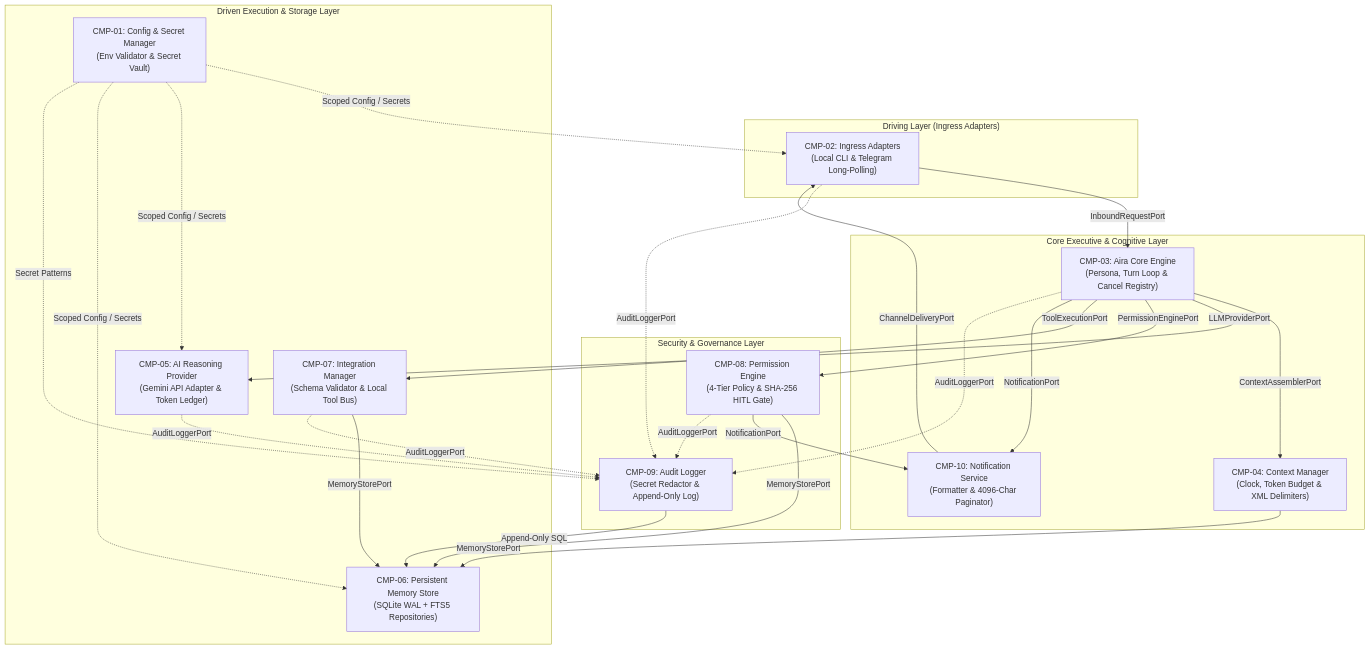
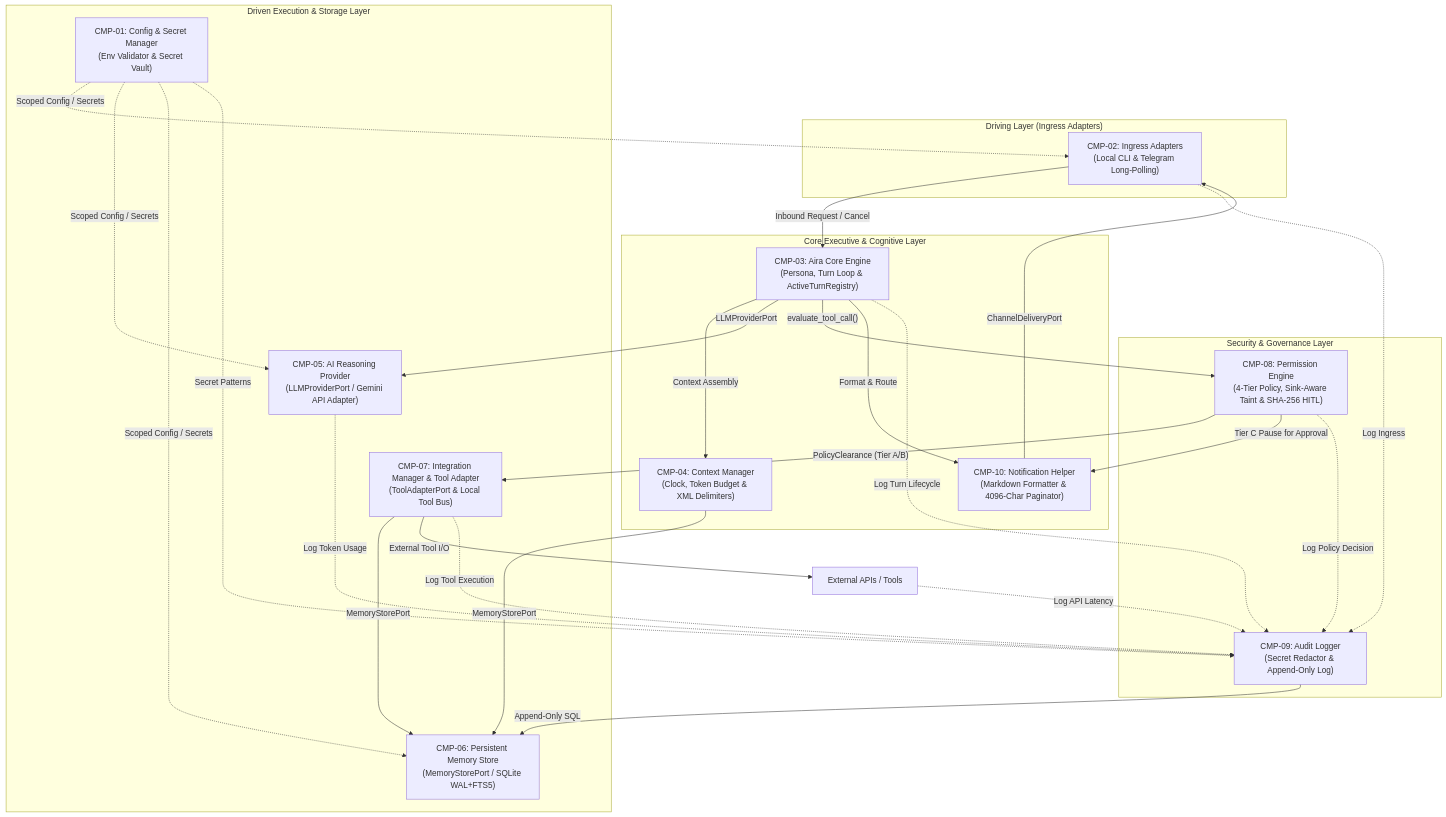
One commit to YayasanMandiriBersemi/aria-mochtar changed the first of 2 diagrams in docs/architecture/COMPONENT_OVERVIEW.md. Above: the diagram before and after it, drawn with Mermaid. The commit also changed other lines of this file and 9 other files, not shown here.

Commit message:
docs: resolve architecture review findings

````diff
--- a/docs/architecture/COMPONENT_OVERVIEW.md
+++ b/docs/architecture/COMPONENT_OVERVIEW.md
@@ -383,48 +389,52 @@
 ```mermaid
 flowchart TB
     subgraph DrivingLayer["Driving Layer (Ingress Adapters)"]
         CMP02["CMP-02: Ingress Adapters<br/>(Local CLI & Telegram Long-Polling)"]
     end
 
     subgraph CoreExecutiveLayer["Core Executive & Cognitive Layer"]
-        CMP03["CMP-03: Aira Core Engine<br/>(Persona, Turn Loop & Cancel Registry)"]
+        CMP03["CMP-03: Aira Core Engine<br/>(Persona, Turn Loop & ActiveTurnRegistry)"]
         CMP04["CMP-04: Context Manager<br/>(Clock, Token Budget & XML Delimiters)"]
-        CMP10["CMP-10: Notification Service<br/>(Formatter & 4096-Char Paginator)"]
+        CMP10["CMP-10: Notification Helper<br/>(Markdown Formatter & 4096-Char Paginator)"]
     end
 
     subgraph GovernanceLayer["Security & Governance Layer"]
-        CMP08["CMP-08: Permission Engine<br/>(4-Tier Policy & SHA-256 HITL Gate)"]
+        CMP08["CMP-08: Permission Engine<br/>(4-Tier Policy, Sink-Aware Taint & SHA-256 HITL)"]
         CMP09["CMP-09: Audit Logger<br/>(Secret Redactor & Append-Only Log)"]
     end
 
     subgraph DrivenExecutionLayer["Driven Execution & Storage Layer"]
-        CMP05["CMP-05: AI Reasoning Provider<br/>(Gemini API Adapter & Token Ledger)"]
-        CMP07["CMP-07: Integration Manager<br/>(Schema Validator & Local Tool Bus)"]
-        CMP06["CMP-06: Persistent Memory Store<br/>(SQLite WAL + FTS5 Repositories)"]
+        CMP05["CMP-05: AI Reasoning Provider<br/>(LLMProviderPort / Gemini API Adapter)"]
+        CMP07["CMP-07: Integration Manager & Tool Adapter<br/>(ToolAdapterPort & Local Tool Bus)"]
+        CMP06["CMP-06: Persistent Memory Store<br/>(MemoryStorePort / SQLite WAL+FTS5)"]
         CMP01["CMP-01: Config & Secret Manager<br/>(Env Validator & Secret Vault)"]
     end
 
-    CMP02 -->|"InboundRequestPort"| CMP03
-    CMP03 -->|"ContextAssemblerPort"| CMP04
+    CMP02 -->|"Inbound Request / Cancel"| CMP03
+    CMP03 -->|"Context Assembly"| CMP04
     CMP04 -->|"MemoryStorePort"| CMP06
     CMP03 -->|"LLMProviderPort"| CMP05
-    CMP03 -->|"PermissionEnginePort"| CMP08
-    CMP03 -->|"ToolExecutionPort"| CMP07
+
+    %% Canonical Policy Flow (ISS-03)
+    CMP03 -->|"evaluate_tool_call()"| CMP08
+    CMP08 -->|"PolicyClearance (Tier A/B)"| CMP07
+    CMP08 -->|"Tier C Pause for Approval"| CMP10
     CMP07 -->|"MemoryStorePort"| CMP06
-    CMP08 -->|"MemoryStorePort"| CMP06
-    CMP03 -->|"NotificationPort"| CMP10
-    CMP08 -->|"NotificationPort"| CMP10
+    CMP07 -->|"External Tool I/O"| ExtTools["External APIs / Tools"]
+
+    CMP03 -->|"Format & Route"| CMP10
     CMP10 -->|"ChannelDeliveryPort"| CMP02
 
-    CMP02 -.->|"AuditLoggerPort"| CMP09
-    CMP03 -.->|"AuditLoggerPort"| CMP09
-    CMP05 -.->|"AuditLoggerPort"| CMP09
-    CMP07 -.->|"AuditLoggerPort"| CMP09
-    CMP08 -.->|"AuditLoggerPort"| CMP09
+    CMP02 -.->|"Log Ingress"| CMP09
+    CMP03 -.->|"Log Turn Lifecycle"| CMP09
+    CMP05 -.->|"Log Token Usage"| CMP09
+    CMP07 -.->|"Log Tool Execution"| CMP09
+    CMP08 -.->|"Log Policy Decision"| CMP09
+    ExtTools -.->|"Log API Latency"| CMP09
     CMP09 -->|"Append-Only SQL"| CMP06
 
     CMP01 -.->|"Scoped Config / Secrets"| CMP02
     CMP01 -.->|"Scoped Config / Secrets"| CMP05
     CMP01 -.->|"Scoped Config / Secrets"| CMP06
     CMP01 -.->|"Secret Patterns"| CMP09
 ```
````
